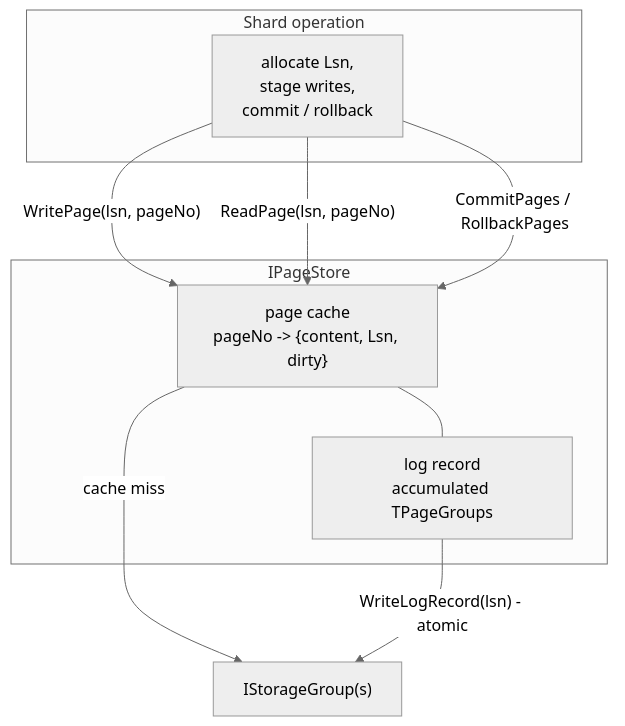
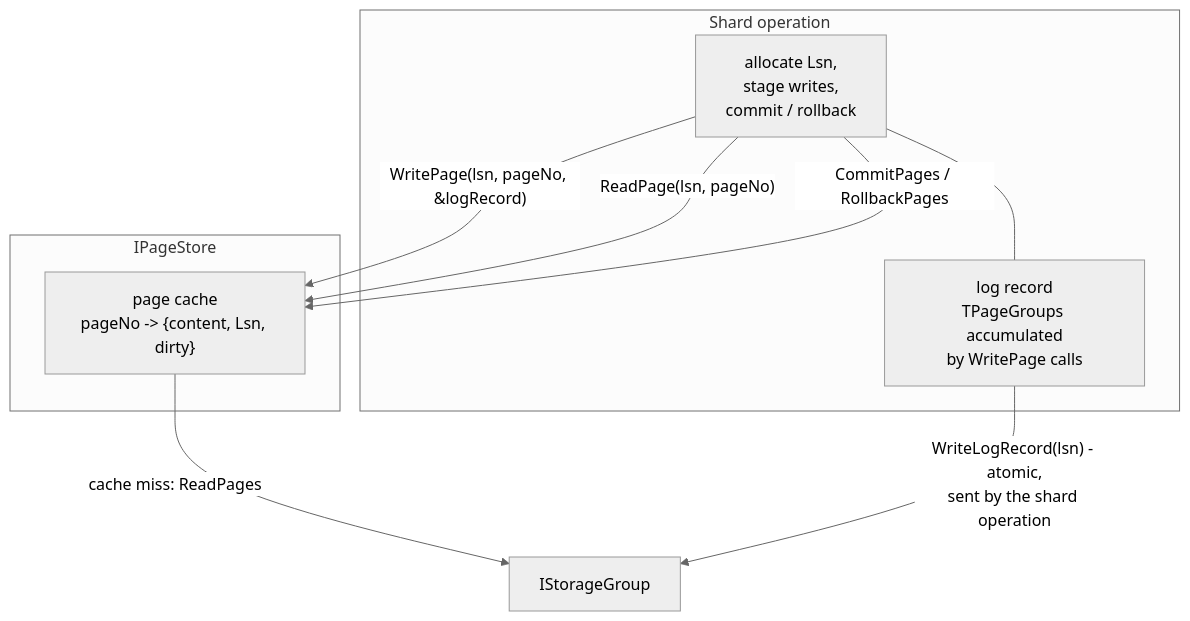
Before and after one commit to ydb-platform/nbs: the diagram in doc/filestore/design/storage/fastshard/page-store.md, drawn with Mermaid (neutral theme). The commit also changed other lines of this file and 5 other files, not shown here.

````diff
--- a/doc/filestore/design/storage/fastshard/page-store.md
+++ b/doc/filestore/design/storage/fastshard/page-store.md
@@ -57,18 +60,20 @@
 ```mermaid
 flowchart TD
     subgraph shard["Shard operation"]
         OP["allocate Lsn,<br/>stage writes,<br/>commit / rollback"]
+        LR["log record<br/>TPageGroups accumulated<br/>by WritePage calls"]
+        OP --- LR
     end
 
     subgraph pagestore["IPageStore"]
         CACHE["page cache<br/>pageNo -> {content, Lsn, dirty}"]
-        LR["log record<br/>accumulated TPageGroups"]
     end
 
-    OP -->|"WritePage(lsn, pageNo)"| CACHE
+    SG["IStorageGroup"]
+
+    OP -->|"WritePage(lsn, pageNo, &logRecord)"| CACHE
     OP -->|"ReadPage(lsn, pageNo)"| CACHE
-    CACHE -->|"cache miss"| SG
     OP -->|"CommitPages / RollbackPages"| CACHE
-    CACHE --- LR
-    LR -->|"WriteLogRecord(lsn) - atomic"| SG["IStorageGroup(s)"]
+    CACHE -->|"cache miss: ReadPages"| SG
+    LR -->|"WriteLogRecord(lsn) - atomic,<br/>sent by the shard operation"| SG
 ```
````
